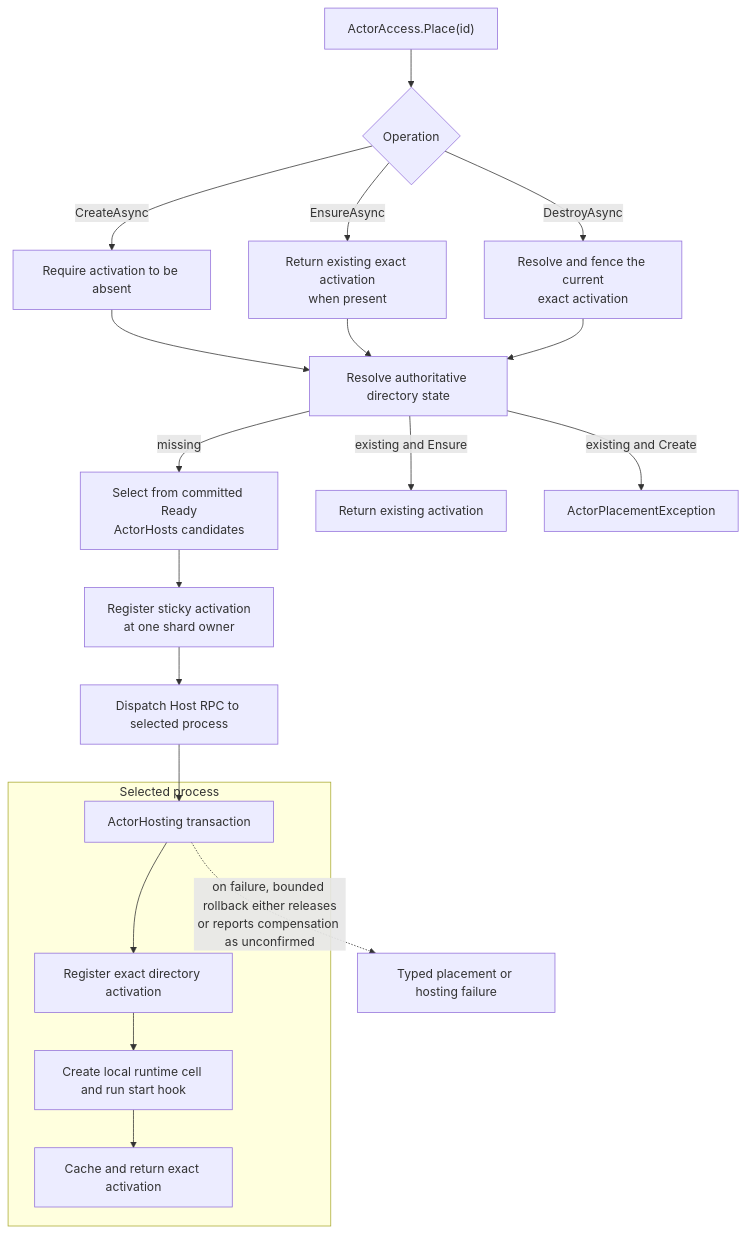
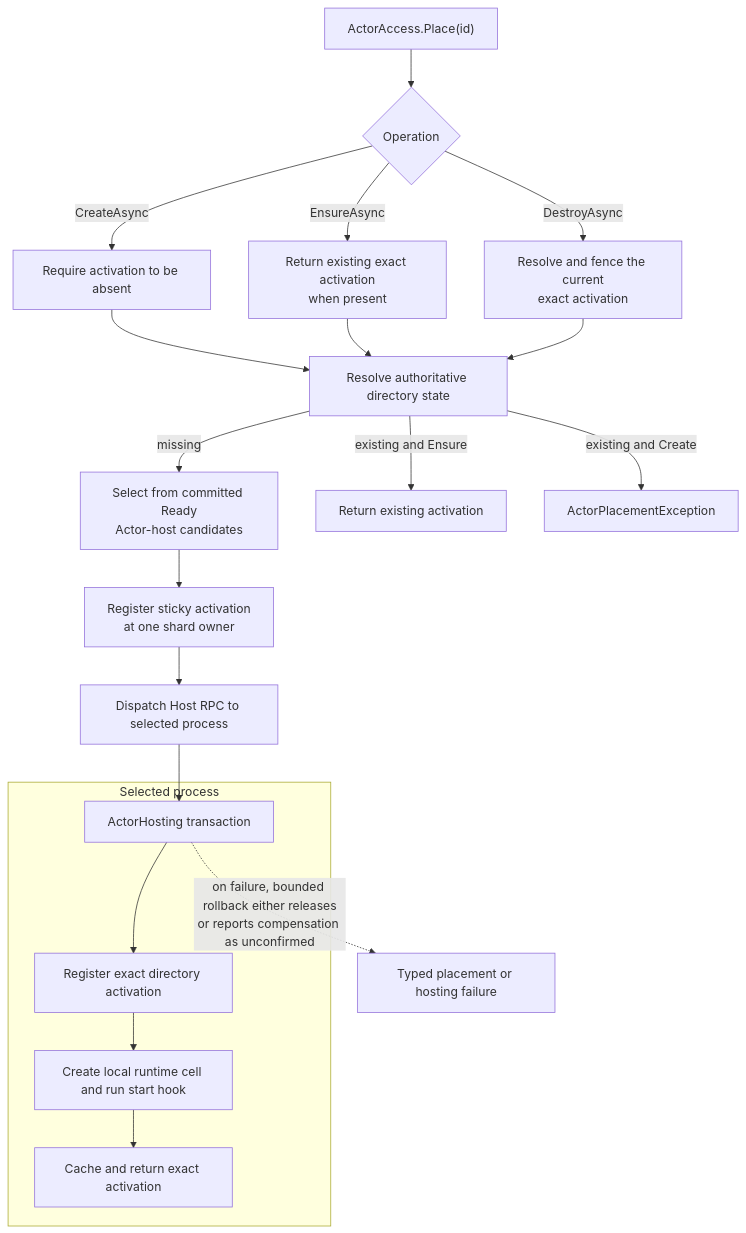
The fifth of 7 diagrams in docs/actor.md (bruce48x/Lakona), drawn with Mermaid before and after one commit. The commit also changed other lines of this file and 68 other files, not shown here.

````diff
--- a/docs/actor.md
+++ b/docs/actor.md
@@ -445,24 +446,24 @@
 ```mermaid
 flowchart TD
     B["ActorAccess.Place(id)"] --> O{"Operation"}
     O -->|"CreateAsync"| C["Require activation to be absent"]
     O -->|"EnsureAsync"| E["Return existing exact activation<br/>when present"]
     O -->|"DestroyAsync"| X["Resolve and fence the current<br/>exact activation"]
     C --> R["Resolve authoritative directory state"]
     E --> R
     X --> R
-    R -->|"missing"| H["Select from committed Ready<br/>ActorHosts candidates"]
+    R -->|"missing"| H["Select from committed Ready<br/>Actor-host candidates"]
     R -->|"existing and Ensure"| ER["Return existing activation"]
     R -->|"existing and Create"| CF["ActorPlacementException"]
     H --> A["Register sticky activation<br/>at one shard owner"]
     A --> RP["Dispatch Host RPC to selected process"]
     RP --> TX["ActorHosting transaction"]
 
     subgraph Local["Selected process"]
         TX --> DR["Register exact directory activation"]
         DR --> LR["Create local runtime cell and run start hook"]
         LR --> OK["Cache and return exact activation"]
     end
 
     TX -.->|"on failure, bounded rollback either releases<br/>or reports compensation as unconfirmed"| F["Typed placement or hosting failure"]
 ```
````
